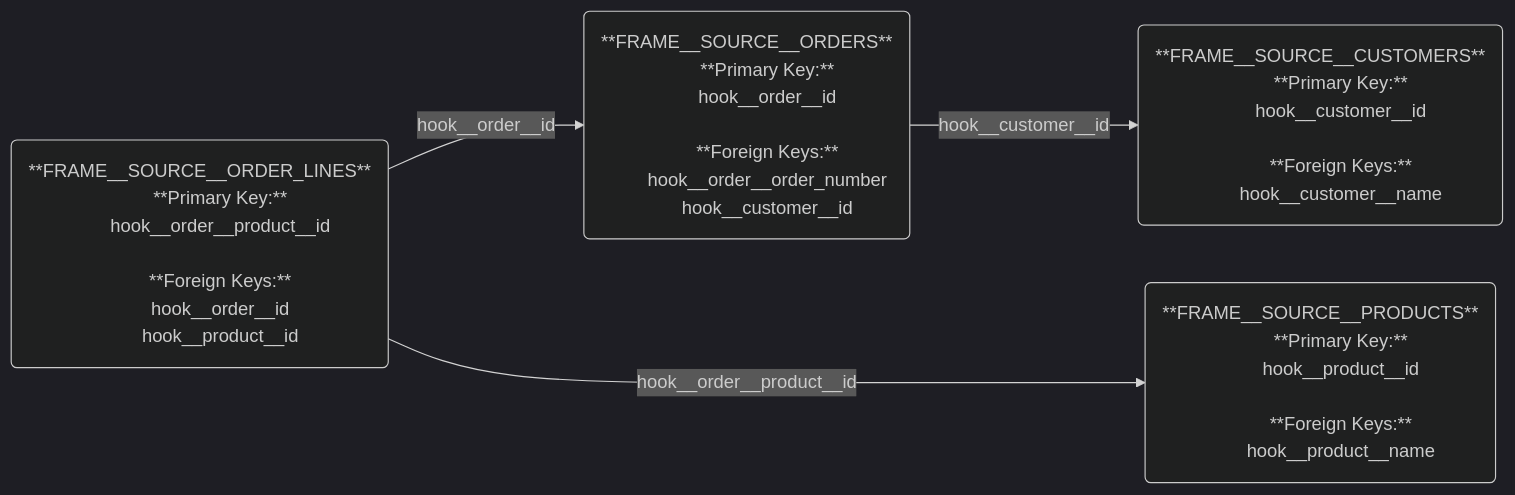
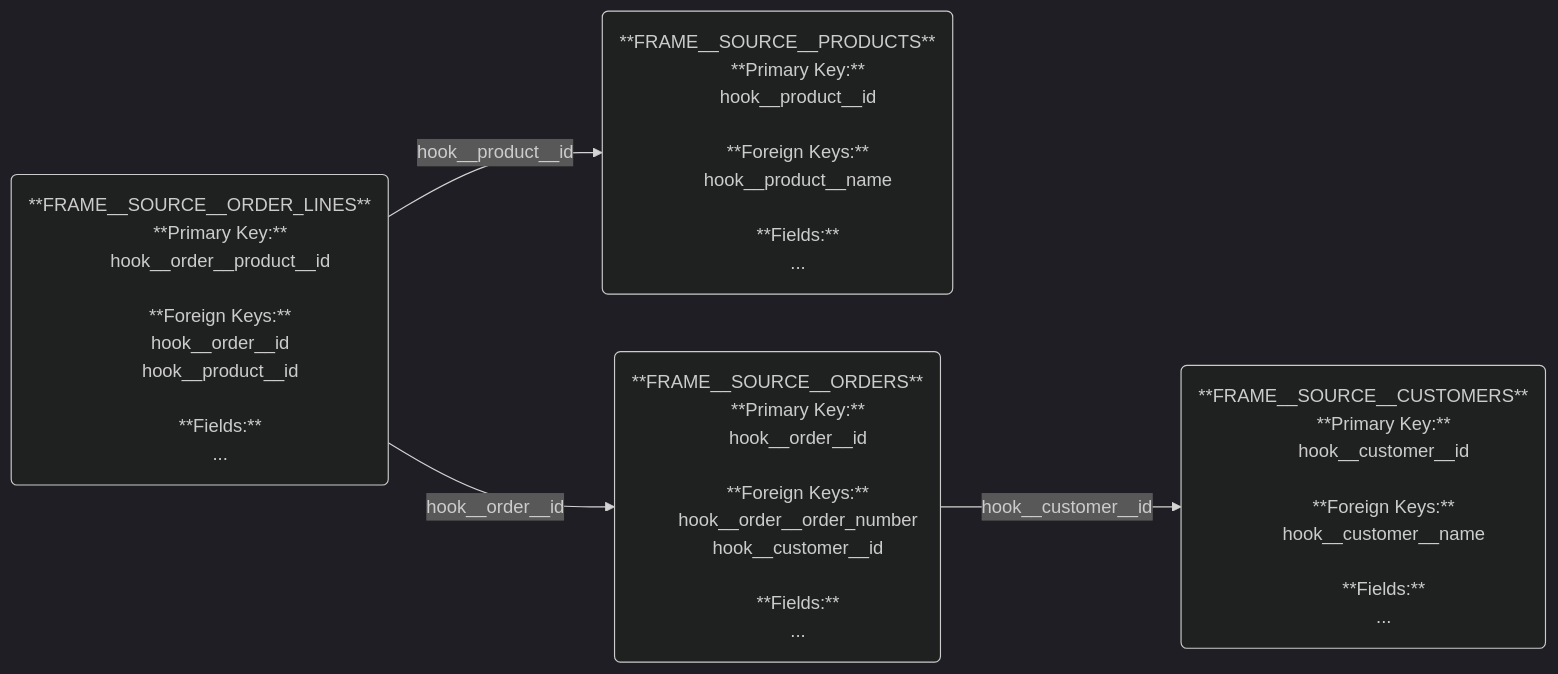
Before and after one commit to mattiasthalen/hook-forge: the first of 2 diagrams in test/fixtures/documentation.md, drawn with Mermaid (dark theme). The commit also changed other lines of this file and 1 other file, not shown here.

````diff
--- a/test/fixtures/documentation.md
+++ b/test/fixtures/documentation.md
@@ -4,48 +4,59 @@
 ```mermaid
 flowchart LR
     %% Entities
     frame__source__products("
         **FRAME__SOURCE__PRODUCTS**
         **Primary Key:**
         hook__product__id
         &nbsp;
         **Foreign Keys:**
         hook__product__name
+        &nbsp;
+        **Fields:**
+        ...
     ")
 
     frame__source__customers("
         **FRAME__SOURCE__CUSTOMERS**
         **Primary Key:**
         hook__customer__id
         &nbsp;
         **Foreign Keys:**
         hook__customer__name
+        &nbsp;
+        **Fields:**
+        ...
     ")
 
     frame__source__orders("
         **FRAME__SOURCE__ORDERS**
         **Primary Key:**
         hook__order__id
         &nbsp;
         **Foreign Keys:**
         hook__order__order_number
         hook__customer__id
+        &nbsp;
+        **Fields:**
+        ...
     ")
 
     frame__source__order_lines("
         **FRAME__SOURCE__ORDER_LINES**
         **Primary Key:**
         hook__order__product__id
         &nbsp;
         **Foreign Keys:**
         hook__order__id
         hook__product__id
+        &nbsp;
+        **Fields:**
+        ...
     ")
 
     %% Relations
-    frame__source__order_lines -- hook__order__id --> frame__source__orders
-    frame__source__order_lines -- hook__order__product__id ---> frame__source__products
-
     frame__source__orders -- hook__customer__id --> frame__source__customers
 
+    frame__source__order_lines -- hook__order__id --> frame__source__orders
+    frame__source__order_lines -- hook__product__id --> frame__source__products
 ```
````
